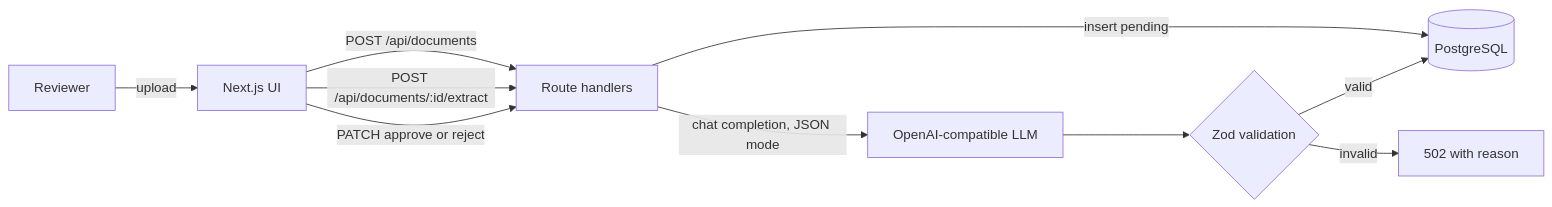
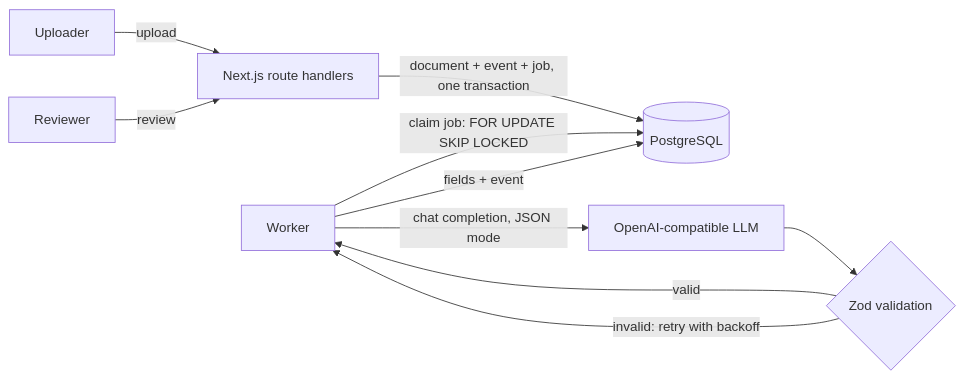
Before and after one commit to daen8584-spec/docextract: the first of 2 diagrams in README.md, drawn with Mermaid. The commit also changed other lines of this file and 7 other files, not shown here.

Commit message:
Document architecture decisions and update README

````diff
--- a/README.md
+++ b/README.md
@@ -11,12 +20,12 @@
 ```mermaid
 flowchart LR
-  R[Reviewer] -->|upload| UI[Next.js UI]
-  UI -->|POST /api/documents| API[Route handlers]
-  API -->|insert pending| DB[(PostgreSQL)]
-  UI -->|POST /api/documents/:id/extract| API
-  API -->|chat completion, JSON mode| LLM[OpenAI-compatible LLM]
+  U[Uploader] -->|upload| API[Next.js route handlers]
+  R[Reviewer] -->|review| API
+  API -->|document + event + job, one transaction| DB[(PostgreSQL)]
+  W[Worker] -->|claim job: FOR UPDATE SKIP LOCKED| DB
+  W -->|chat completion, JSON mode| LLM[OpenAI-compatible LLM]
   LLM --> V{Zod validation}
-  V -->|valid| DB
-  V -->|invalid| E[502 with reason]
-  UI -->|PATCH approve or reject| API
+  V -->|valid| W
+  V -->|invalid: retry with backoff| W
+  W -->|fields + event| DB
 ```
````
